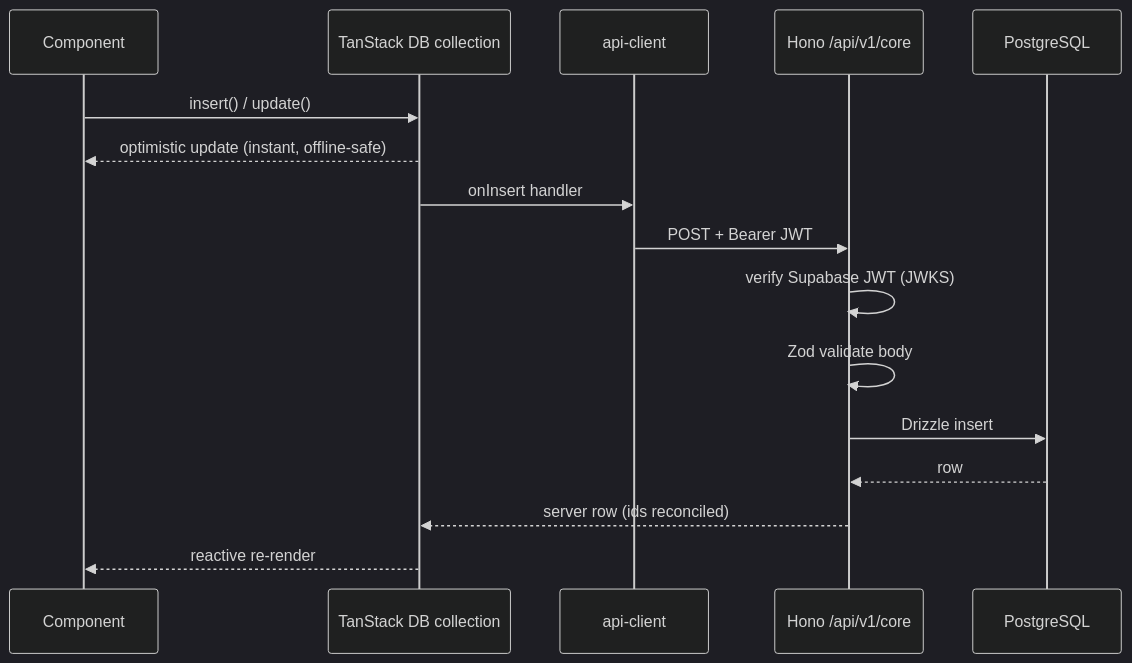
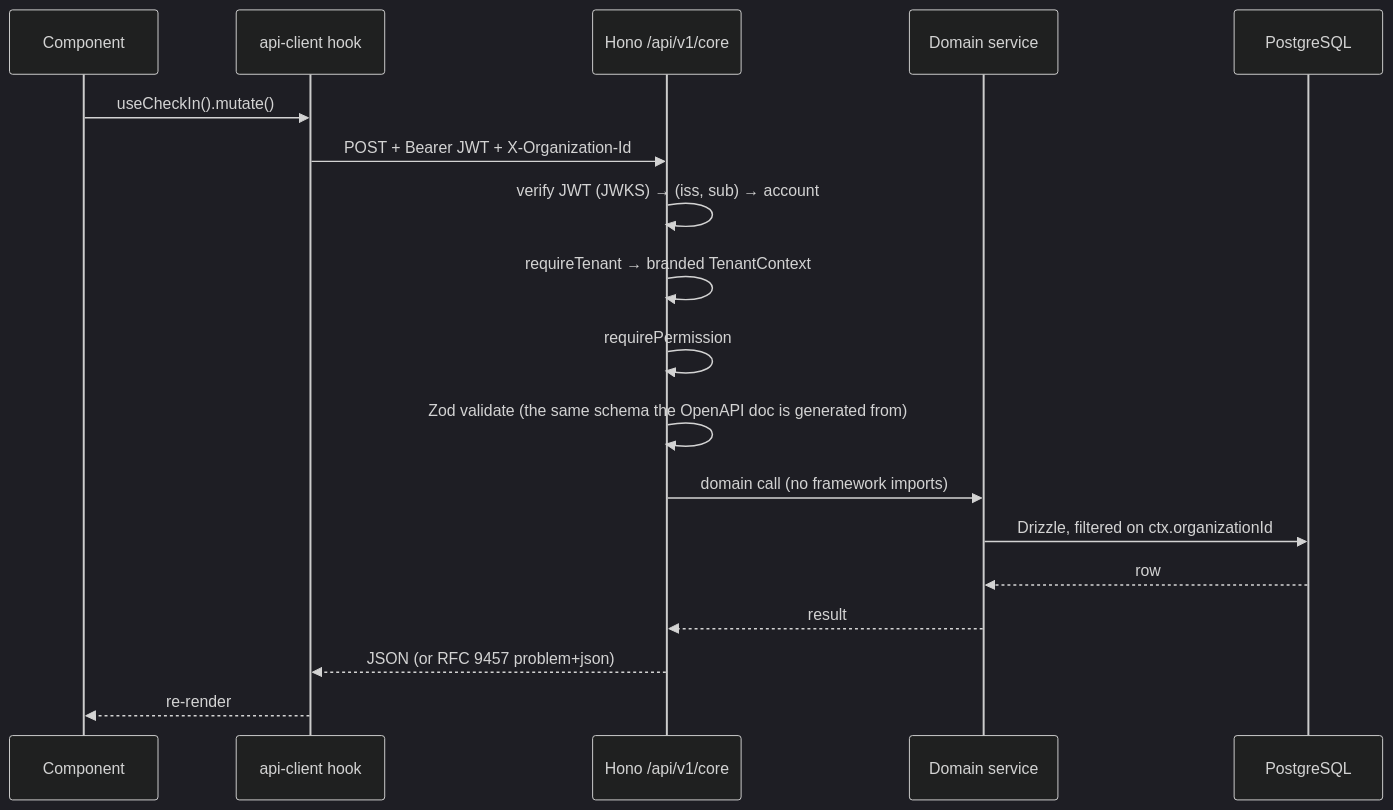
The third of 4 diagrams in README.md (codewreaker/credopass), drawn with Mermaid (dark theme) before and after one commit. The commit also changed other lines of this file and 39 other files, not shown here.

````diff
--- a/README.md
+++ b/README.md
@@ -101,19 +100,21 @@
 ```mermaid
 sequenceDiagram
     participant C as Component
-    participant Col as TanStack DB collection
-    participant Cl as api-client
+    participant H as api-client hook
     participant API as Hono /api/v1/core
+    participant S as Domain service
     participant DB as PostgreSQL
 
-    C->>Col: insert() / update()
-    Col-->>C: optimistic update (instant, offline-safe)
-    Col->>Cl: onInsert handler
-    Cl->>API: POST + Bearer JWT
-    API->>API: verify Supabase JWT (JWKS)
-    API->>API: Zod validate body
-    API->>DB: Drizzle insert
-    DB-->>API: row
-    API-->>Col: server row (ids reconciled)
-    Col-->>C: reactive re-render
+    C->>H: useCheckIn().mutate()
+    H->>API: POST + Bearer JWT + X-Organization-Id
+    API->>API: verify JWT (JWKS) → (iss, sub) → account
+    API->>API: requireTenant → branded TenantContext
+    API->>API: requirePermission
+    API->>API: Zod validate (the same schema the OpenAPI doc is generated from)
+    API->>S: domain call (no framework imports)
+    S->>DB: Drizzle, filtered on ctx.organizationId
+    DB-->>S: row
+    S-->>API: result
+    API-->>H: JSON (or RFC 9457 problem+json)
+    H-->>C: re-render
 ```
````
